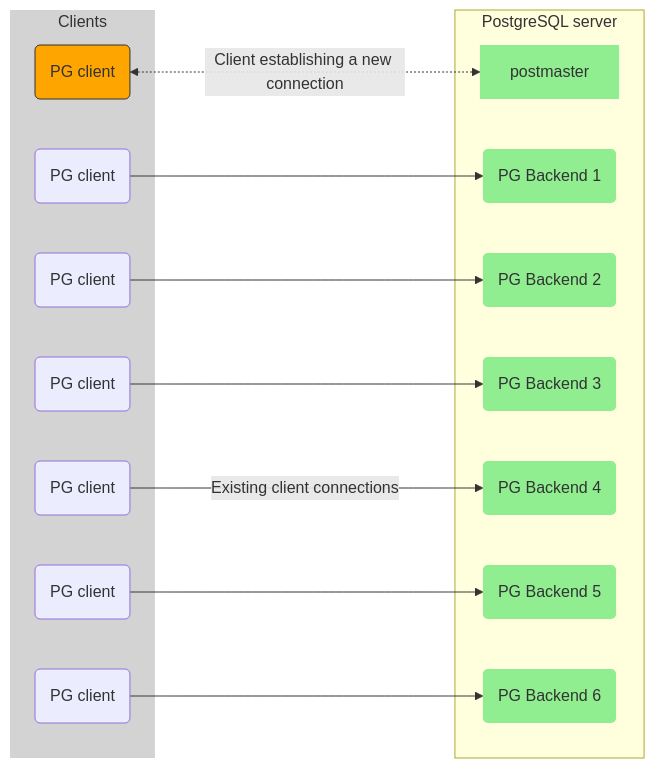
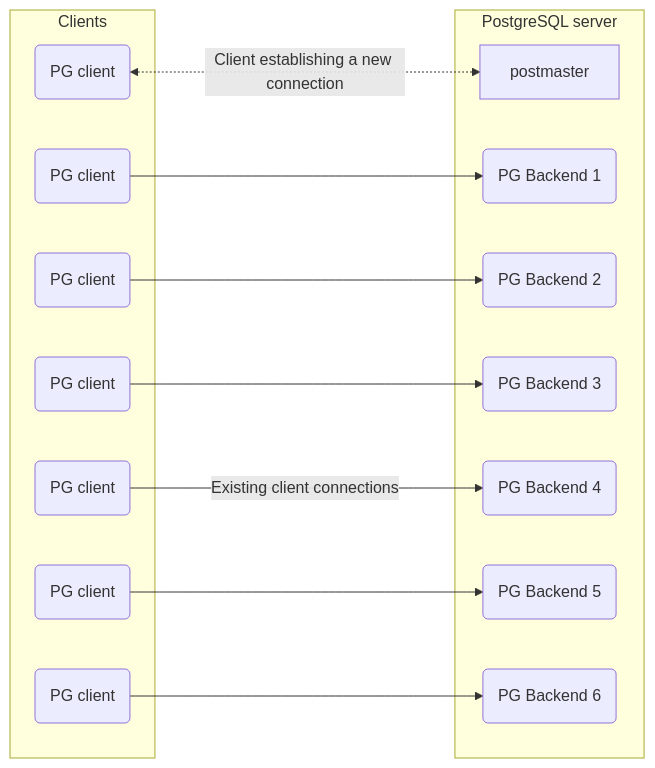
Before and after one commit to aiven/devportal: the first of 2 diagrams in docs/products/postgresql/concepts/pg-connection-pooling.rst, drawn with Mermaid. The commit also changed other lines of this file and 6 other files, not shown here.

```diff
--- a/docs/products/postgresql/concepts/pg-connection-pooling.rst
+++ b/docs/products/postgresql/concepts/pg-connection-pooling.rst
@@ -24,24 +24,18 @@
 .. mermaid::
 
     graph LR
-        classDef style_main_node fill:orange,stroke:#333,stroke-width:0px;spacing:0px;
-        classDef style_pg_services fill:#90ee90,stroke:#333,stroke-width:0px;
-        classDef style_client fill:lightgray,stroke:#333,stroke-width:0px;
         pg_client_1(PG client) <-.->|Client establishing a new connection| postmaster
         pg_client_2(PG client) ---> pg_backend_1(PG Backend 1)
         pg_client_3(PG client) ---> pg_backend_2(PG Backend 2)
         pg_client_4(PG client) ---> pg_backend_3(PG Backend 3)
         pg_client_5(PG client) --->|Existing client connections| pg_backend_4(PG Backend 4)
         pg_client_6(PG client) ---> pg_backend_5(PG Backend 5)
         pg_client_7(PG client) ---> pg_backend_6(PG Backend 6)
 
     subgraph PostgreSQL server
         postmaster & pg_backend_1 & pg_backend_2 & pg_backend_3 & pg_backend_4 & pg_backend_5 & pg_backend_6
     end
 
     subgraph Clients
         pg_client_1 & pg_client_2 & pg_client_3 & pg_client_4 & pg_client_5 & pg_client_6 & pg_client_7
     end
-    class pg_client_1 style_main_node;
-    class pg_backend_1,pg_backend_2,pg_backend_3,pg_backend_4,pg_backend_5,pg_backend_6,postmaster style_pg_services;
-    class Clients style_client;
```
